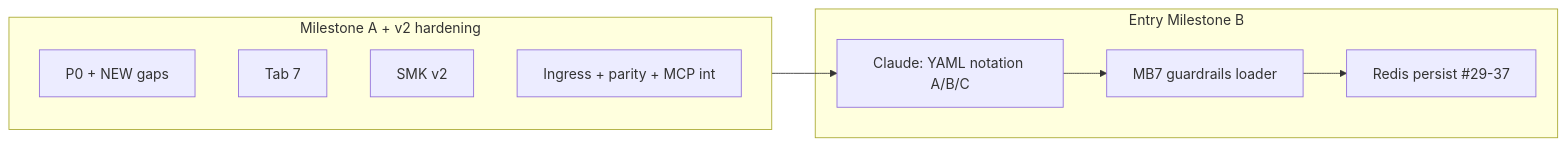
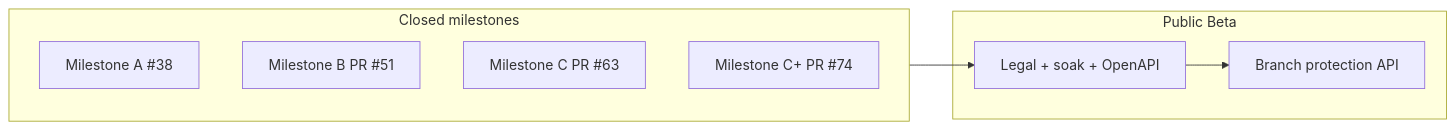
One commit to DataXMind/AI-Control-Plane changed the diagram in docs/governance/PHASE1_REPORT_V2.md. Above: the diagram before and after it, drawn with Mermaid. The commit also changed other lines of this file and 14 other files, not shown here.

First line of the commit message:
feat(api): wire ModelProfile registry to AppState; close B+ doc gaps

````diff
--- a/docs/governance/PHASE1_REPORT_V2.md
+++ b/docs/governance/PHASE1_REPORT_V2.md
@@ -126,16 +125,15 @@
 ```mermaid
 flowchart LR
-  subgraph done [Milestone A + v2 hardening]
-    P0[P0 + NEW gaps]
-    T7[Tab 7]
-    SMK[SMK v2]
-    V2[Ingress + parity + MCP int]
+  subgraph closed [Closed milestones]
+    MA[Milestone A #38]
+    MB[Milestone B PR #51]
+    MC[Milestone C PR #63]
+    MCP[Milestone C+ PR #74]
   end
-  subgraph next [Entry Milestone B]
-    TN[Claude: YAML notation A/B/C]
-    MB7[MB7 guardrails loader]
-    MB[Redis persist #29-37]
+  subgraph next [Public Beta]
+    PB[Legal + soak + OpenAPI]
+    GAPBP[Branch protection API]
   end
-  done --> TN
-  TN --> MB7 --> MB
+  closed --> PB
+  PB --> GAPBP
 ```
````
